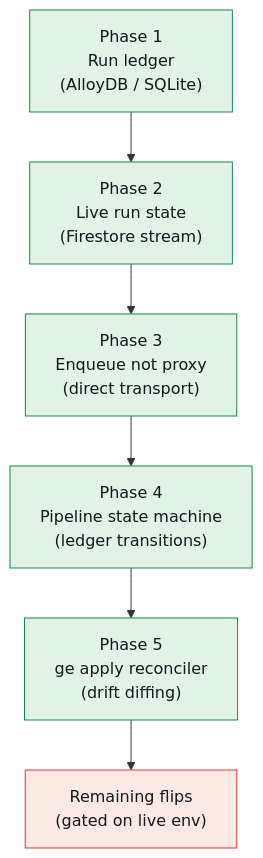
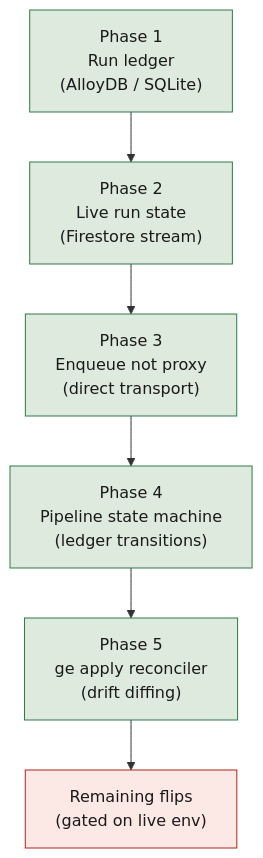
The diagram in docs/diagrams-src/control-plane-migration.mmd (vamsiramakrishnan/ge-agent-factory), drawn with Mermaid before and after one commit. The commit also changed 87 other files, not shown here.

```diff
--- a/docs/diagrams-src/control-plane-migration.mmd
+++ b/docs/diagrams-src/control-plane-migration.mmd
@@ -1,14 +1,14 @@
 flowchart TD
     P1["Phase 1\nRun ledger\n(AlloyDB / SQLite)"]
     P2["Phase 2\nLive run state\n(Firestore stream)"]
     P3["Phase 3\nEnqueue not proxy\n(direct transport)"]
     P4["Phase 4\nPipeline state machine\n(ledger transitions)"]
     P5["Phase 5\nge apply reconciler\n(drift diffing)"]
     Flip["Remaining flips\n(gated on live env)"]
 
     P1 --> P2 --> P3 --> P4 --> P5 --> Flip
 
-    classDef landed fill:#e1f3e7,stroke:#16874a,color:#14171c
-    classDef pending fill:#fce8e5,stroke:#dc3626,color:#14171c
+    classDef landed fill:#dfeadf,stroke:#2e7a47,color:#1a1a18
+    classDef pending fill:#fce8e5,stroke:#b3231c,color:#1a1a18
     class P1,P2,P3,P4,P5 landed
     class Flip pending
```
